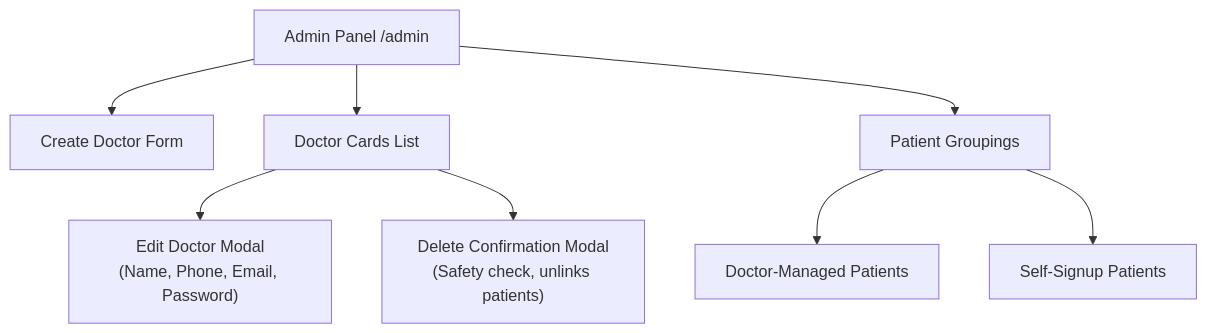
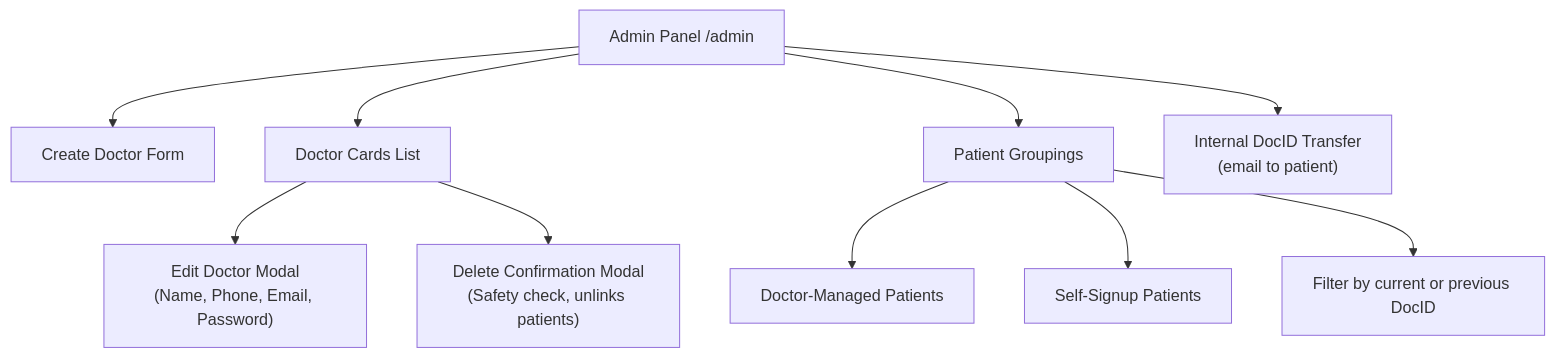
The diagram in docs/ADMIN_GUIDE.md (candela-app/Candela), drawn with Mermaid before and after one commit. The commit also changed other lines of this file and 38 other files, not shown here.

````diff
--- a/docs/ADMIN_GUIDE.md
+++ b/docs/ADMIN_GUIDE.md
@@ -11,13 +11,15 @@
 ```mermaid
 graph TD
     Admin[Admin Panel /admin]
     Admin --> CreateDoctor["Create Doctor Form"]
     Admin --> DoctorCards["Doctor Cards List"]
     Admin --> PatientOverview["Patient Groupings"]
 
     DoctorCards --> EditModal["Edit Doctor Modal\n(Name, Phone, Email, Password)"]
     DoctorCards --> DeleteModal["Delete Confirmation Modal\n(Safety check, unlinks patients)"]
 
     PatientOverview --> ByDoctor["Doctor-Managed Patients"]
     PatientOverview --> SelfSignup["Self-Signup Patients"]
+    Admin --> Transfer["Internal DocID Transfer\n(email to patient)"]
+    PatientOverview --> DocIdFilter["Filter by current or previous DocID"]
 ```
````
